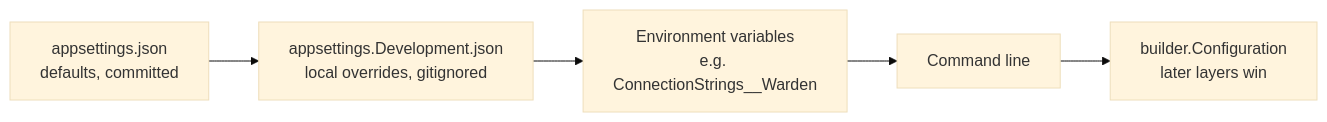
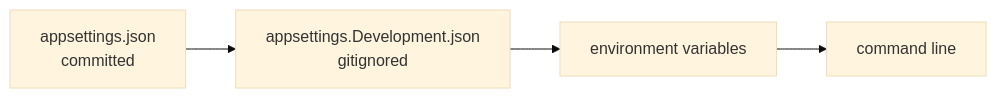
Before and after one commit to musishere/Warden-tickmark: diagram 19 of 24 in warden/docs/how-it-works.md, drawn with Mermaid (base theme). The commit also changed other lines of this file and 16 other files, not shown here.

````diff
--- a/warden/docs/how-it-works.md
+++ b/warden/docs/how-it-works.md
@@ -505,5 +1031,4 @@
 ```mermaid
 flowchart LR
-    A[appsettings.json<br/>defaults, committed] --> B[appsettings.Development.json<br/>local overrides, gitignored] --> C[Environment variables<br/>e.g. ConnectionStrings__Warden] --> D[Command line]
-    D --> Final[builder.Configuration<br/>later layers win]
+    A["appsettings.json<br/>committed"] --> B["appsettings.Development.json<br/>gitignored"] --> C["environment variables"] --> D["command line"]
 ```
````
